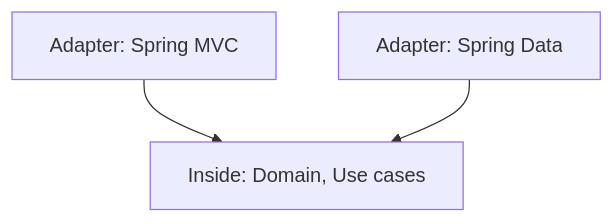
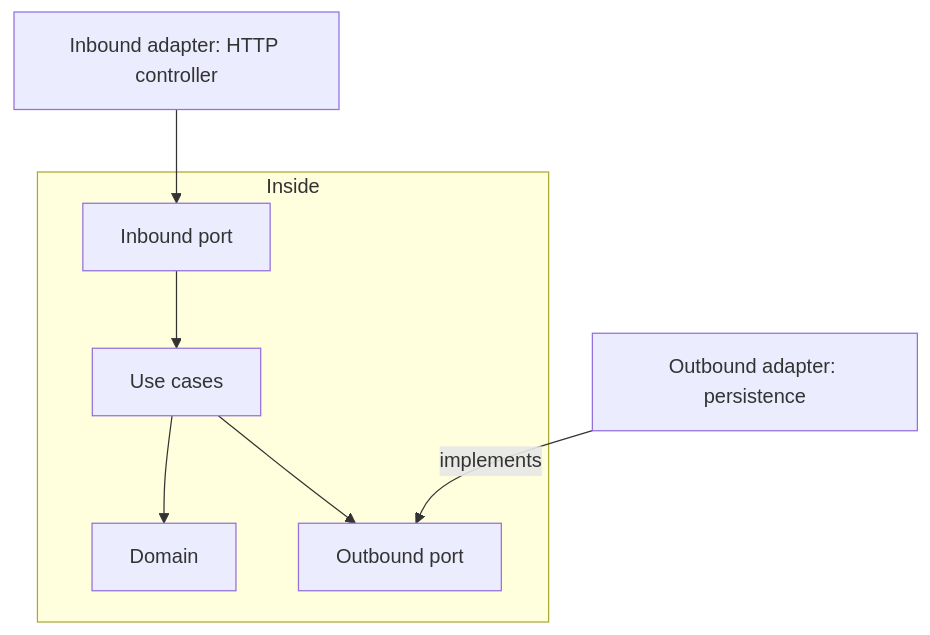
One commit to Bezugsmolluske/knowledge-base changed the diagram in Backend/Application architecture patterns/Hexagonal Architecture.md. Above: the diagram before and after it, drawn with Mermaid. The commit also changed other lines of this file and 15 other files, not shown here.

````diff
--- a/Backend/Application architecture patterns/Hexagonal Architecture.md
+++ b/Backend/Application architecture patterns/Hexagonal Architecture.md
@@ -18,5 +25,10 @@
 ```mermaid
 graph TD
-MVC[Adapter: Spring MVC] --> CORE[Inside: Domain, Use cases]
-SD[Adapter: Spring Data] --> CORE
+WEB[Inbound adapter: HTTP controller] --> IN[Inbound port]
+subgraph inside [Inside]
+  IN --> UC[Use cases]
+  UC --> D[Domain]
+  UC --> OUT[Outbound port]
+end
+DB[Outbound adapter: persistence] -->|implements| OUT
 ```
````
